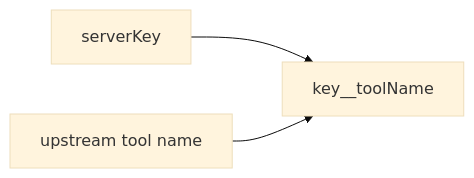
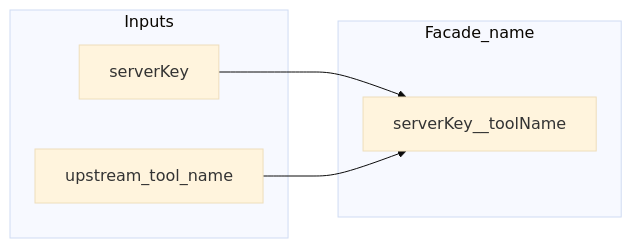
One commit to Alphabetsoup16/sennit changed the diagram in src/lib/README.md. Above: the diagram before and after it, drawn with Mermaid (base theme). The commit also changed other lines of this file and 69 other files, not shown here.

````diff
--- a/src/lib/README.md
+++ b/src/lib/README.md
@@ -12,5 +14,14 @@
 ```mermaid
 flowchart LR
-  key[serverKey] --> ns["key__toolName"]
-  tool[upstream tool name] --> ns
+  subgraph keys [Inputs]
+    sk[serverKey]
+    tn[upstream_tool_name]
+  end
+
+  subgraph out [Facade_name]
+    ns["serverKey__toolName"]
+  end
+
+  sk --> ns
+  tn --> ns
 ```
````
